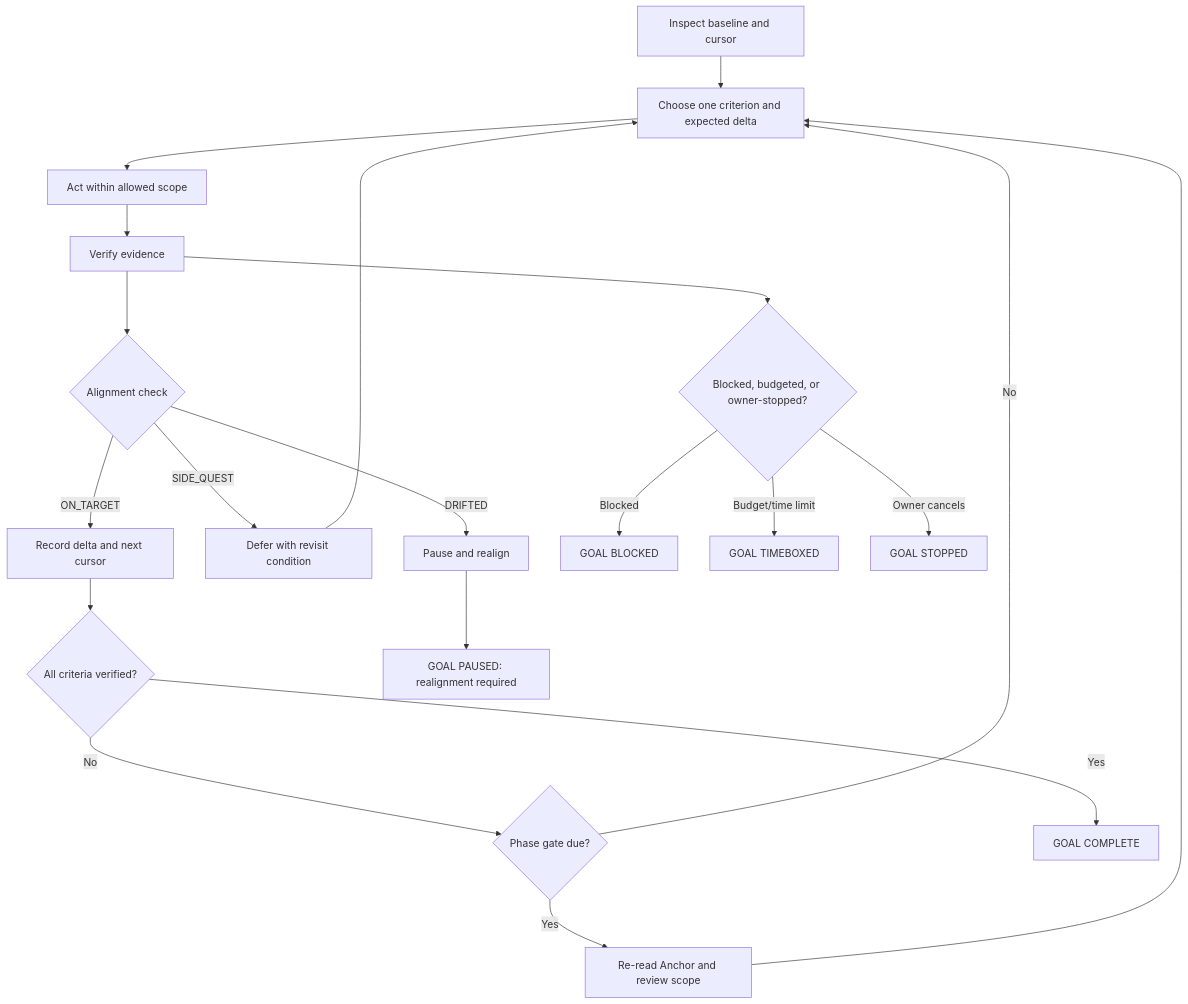
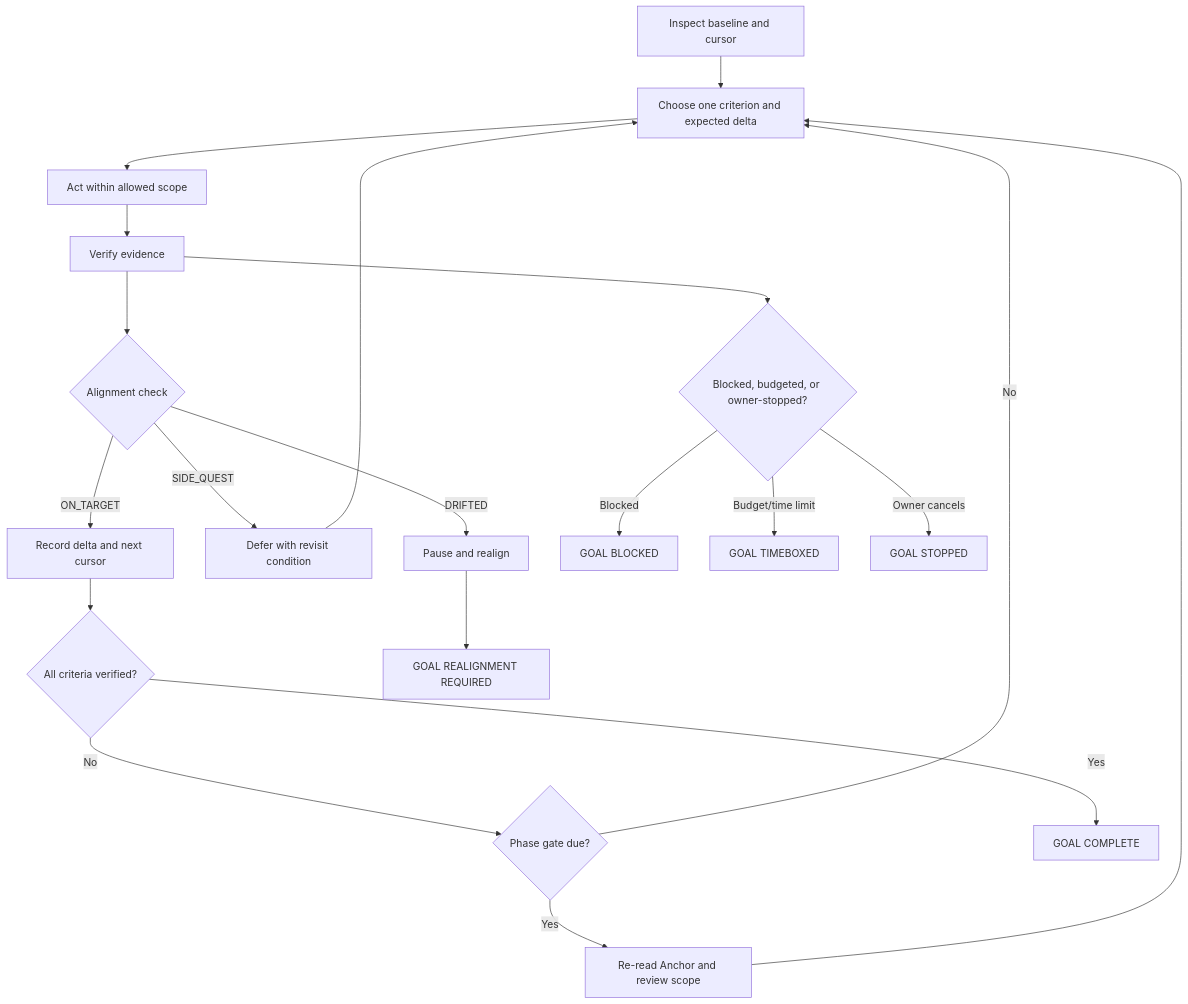
Before and after one commit to wu736139669/goal-instruction-writer: the diagram in references/loop-preview.md, drawn with Mermaid. The commit also changed other lines of this file and 10 other files, not shown here.

````diff
--- a/references/loop-preview.md
+++ b/references/loop-preview.md
@@ -35,22 +35,22 @@
 ```mermaid
 flowchart TD
     A[Inspect baseline and cursor] --> B[Choose one criterion and expected delta]
     B --> C[Act within allowed scope]
     C --> D[Verify evidence]
     D --> E{Alignment check}
     E -->|ON_TARGET| F[Record delta and next cursor]
     F --> G{All criteria verified?}
     G -->|No| H{Phase gate due?}
     H -->|No| B
     H -->|Yes| I[Re-read Anchor and review scope]
     I --> B
     G -->|Yes| J[GOAL COMPLETE]
     E -->|SIDE_QUEST| K[Defer with revisit condition]
     K --> B
     E -->|DRIFTED| L[Pause and realign]
-    L --> M[GOAL PAUSED: realignment required]
+    L --> M[GOAL REALIGNMENT REQUIRED]
     D --> N{Blocked, budgeted, or owner-stopped?}
     N -->|Blocked| O[GOAL BLOCKED]
     N -->|Budget/time limit| P[GOAL TIMEBOXED]
     N -->|Owner cancels| Q[GOAL STOPPED]
 ```
````
